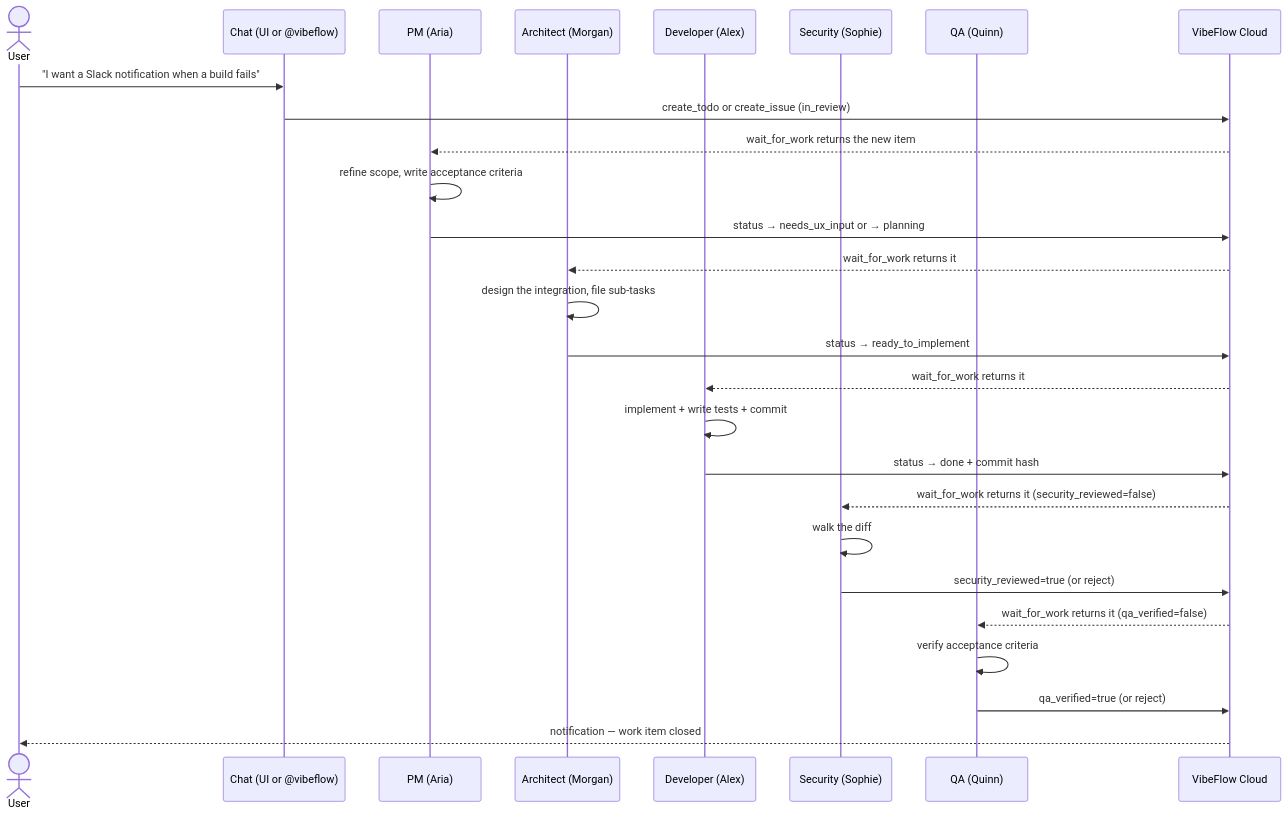
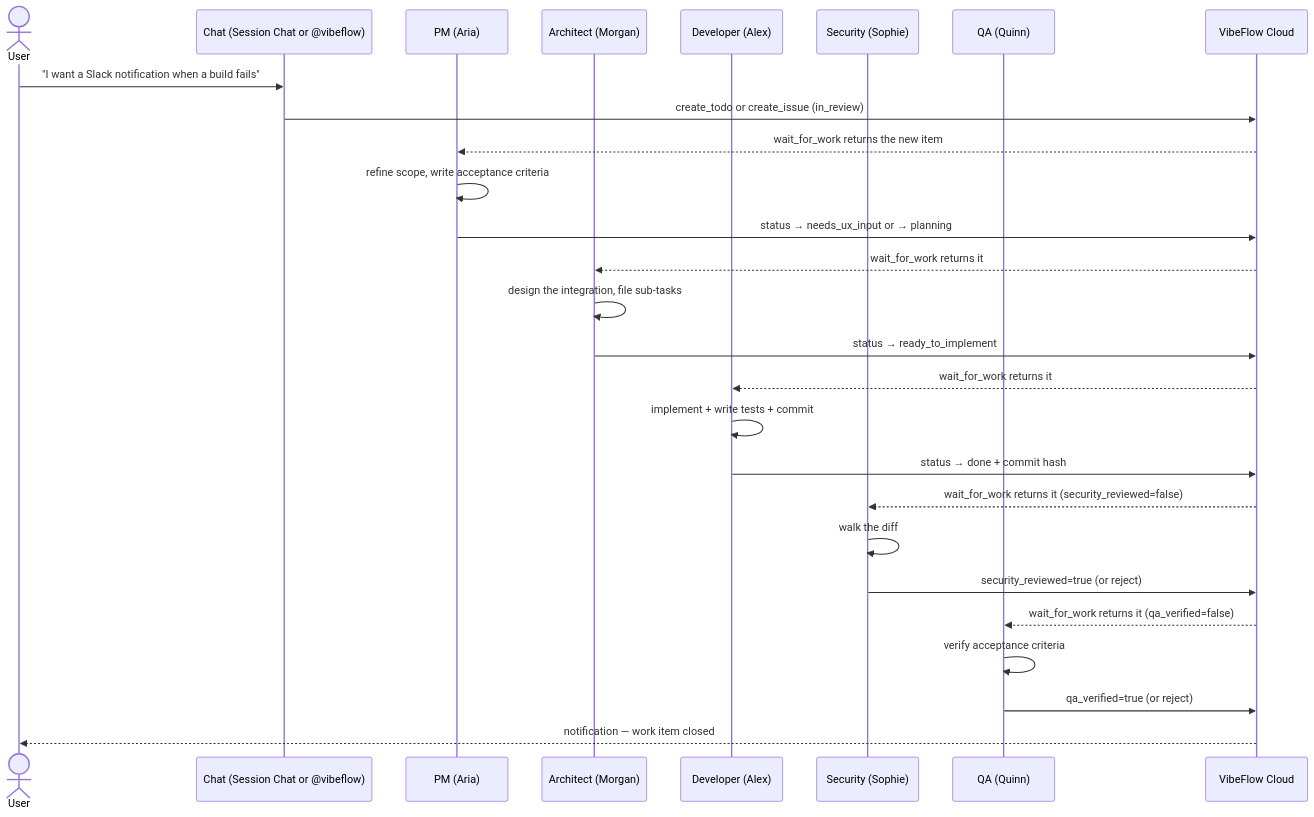
One commit to axiom-studio/vscode-vibeflow changed the fifth of 7 diagrams in docs/vscode-vibeflow/docs/workflows-and-flows.md. Above: the diagram before and after it, drawn with Mermaid. The commit also changed other lines of this file and 29 other files, not shown here.

````diff
--- a/docs/vscode-vibeflow/docs/workflows-and-flows.md
+++ b/docs/vscode-vibeflow/docs/workflows-and-flows.md
@@ -213,30 +174,30 @@
 ```mermaid
 sequenceDiagram
     actor User
-    participant Chat as Chat (UI or @vibeflow)
+    participant Chat as Chat (Session Chat or @vibeflow)
     participant PM as PM (Aria)
     participant Arch as Architect (Morgan)
     participant Dev as Developer (Alex)
     participant Sec as Security (Sophie)
     participant QA as QA (Quinn)
     participant Server as VibeFlow Cloud
 
     User->>Chat: "I want a Slack notification when a build fails"
     Chat->>Server: create_todo or create_issue (in_review)
     Server-->>PM: wait_for_work returns the new item
     PM->>PM: refine scope, write acceptance criteria
     PM->>Server: status → needs_ux_input or → planning
     Server-->>Arch: wait_for_work returns it
     Arch->>Arch: design the integration, file sub-tasks
     Arch->>Server: status → ready_to_implement
     Server-->>Dev: wait_for_work returns it
     Dev->>Dev: implement + write tests + commit
     Dev->>Server: status → done + commit hash
     Server-->>Sec: wait_for_work returns it (security_reviewed=false)
     Sec->>Sec: walk the diff
     Sec->>Server: security_reviewed=true (or reject)
     Server-->>QA: wait_for_work returns it (qa_verified=false)
     QA->>QA: verify acceptance criteria
     QA->>Server: qa_verified=true (or reject)
     Server-->>User: notification — work item closed
 ```
````
